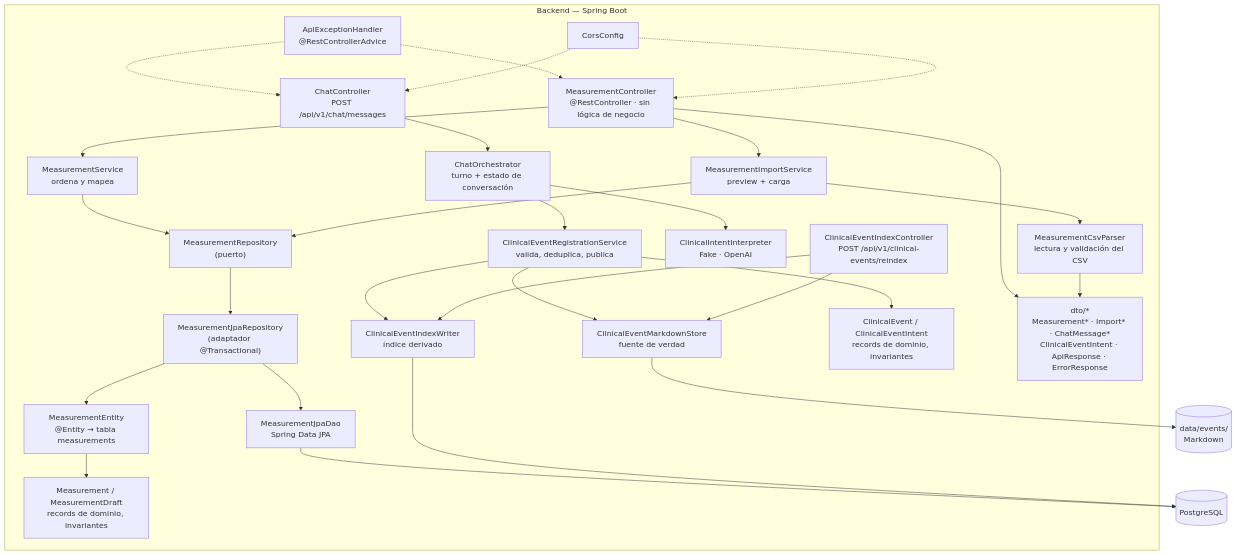
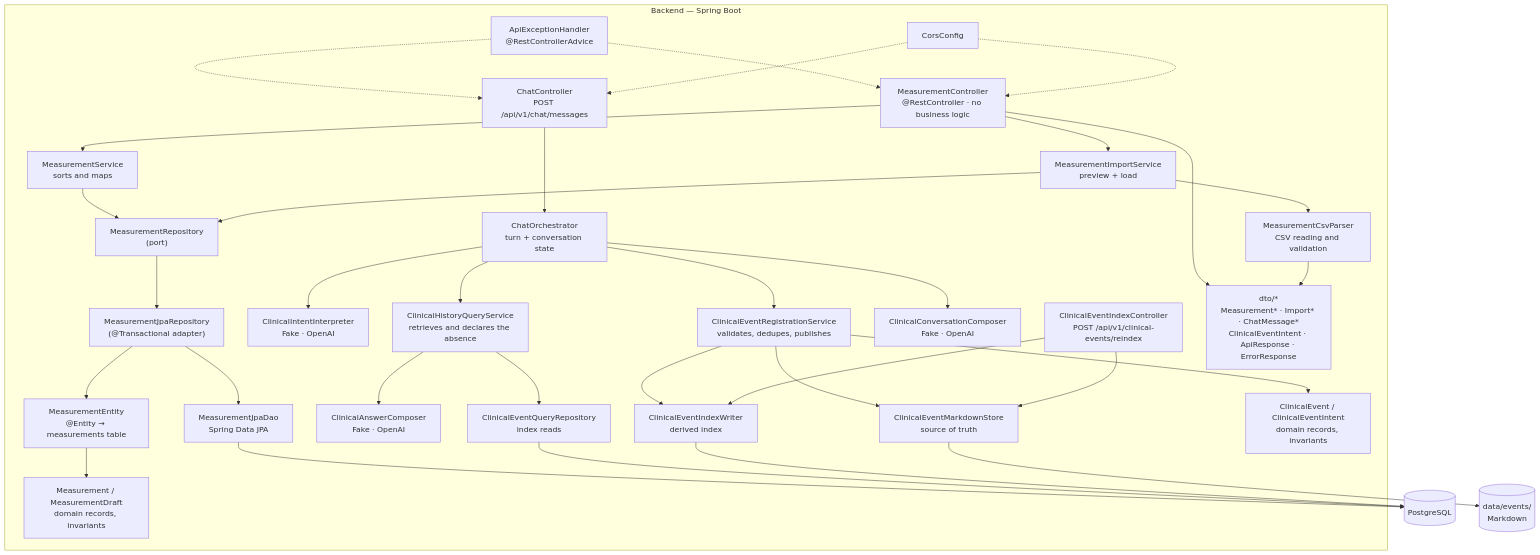
The third of 4 diagrams in docs/architecture.md (devmauriciopineda/careme), drawn with Mermaid before and after one commit. The commit also changed other lines of this file and 46 other files, not shown here.

Commit message:
UC-010 Query not related to clinical history

````diff
--- a/docs/architecture.md
+++ b/docs/architecture.md
@@ -154,53 +154,62 @@
 ```mermaid
 flowchart TB
     subgraph backend["Backend — Spring Boot"]
-        ctrl["MeasurementController<br/>@RestController · sin lógica de negocio"]
-        svc["MeasurementService<br/>ordena y mapea"]
-        imp["MeasurementImportService<br/>preview + carga"]
-        parser["MeasurementCsvParser<br/>lectura y validación del CSV"]
-        port["MeasurementRepository<br/>(puerto)"]
-        adapter["MeasurementJpaRepository<br/>(adaptador @Transactional)"]
+        ctrl["MeasurementController<br/>@RestController · no business logic"]
+        svc["MeasurementService<br/>sorts and maps"]
+        imp["MeasurementImportService<br/>preview + load"]
+        parser["MeasurementCsvParser<br/>CSV reading and validation"]
+        port["MeasurementRepository<br/>(port)"]
+        adapter["MeasurementJpaRepository<br/>(@Transactional adapter)"]
         dao["MeasurementJpaDao<br/>Spring Data JPA"]
-        entity["MeasurementEntity<br/>@Entity → tabla measurements"]
-        domain["Measurement / MeasurementDraft<br/>records de dominio, invariantes"]
+        entity["MeasurementEntity<br/>@Entity → measurements table"]
+        domain["Measurement / MeasurementDraft<br/>domain records, invariants"]
         chatCtrl["ChatController<br/>POST /api/v1/chat/messages"]
-        orchestrator["ChatOrchestrator<br/>turno + estado de conversación"]
+        orchestrator["ChatOrchestrator<br/>turn + conversation state"]
         interpreter["ClinicalIntentInterpreter<br/>Fake · OpenAI"]
-        regSvc["ClinicalEventRegistrationService<br/>valida, deduplica, publica"]
-        mdStore["ClinicalEventMarkdownStore<br/>fuente de verdad"]
-        idxWriter["ClinicalEventIndexWriter<br/>índice derivado"]
+        regSvc["ClinicalEventRegistrationService<br/>validates, dedupes, publishes"]
+        histSvc["ClinicalHistoryQueryService<br/>retrieves and declares the absence"]
+        composer["ClinicalAnswerComposer<br/>Fake · OpenAI"]
+        convComposer["ClinicalConversationComposer<br/>Fake · OpenAI"]
+        queryRepo["ClinicalEventQueryRepository<br/>index reads"]
+        mdStore["ClinicalEventMarkdownStore<br/>source of truth"]
+        idxWriter["ClinicalEventIndexWriter<br/>derived index"]
         evtCtrl["ClinicalEventIndexController<br/>POST /api/v1/clinical-events/reindex"]
-        evtDomain["ClinicalEvent / ClinicalEventIntent<br/>records de dominio, invariantes"]
+        evtDomain["ClinicalEvent / ClinicalEventIntent<br/>domain records, invariants"]
         dtos["dto/*<br/>Measurement* · Import* · ChatMessage*<br/>ClinicalEventIntent · ApiResponse · ErrorResponse"]
         exc["ApiExceptionHandler<br/>@RestControllerAdvice"]
         cors["CorsConfig"]
     end
     pg[("PostgreSQL")]
     fs[("data/events/<br/>Markdown")]
     ctrl --> svc
     ctrl --> imp
     ctrl --> dtos
     imp --> parser
     svc --> port
     imp --> port
     parser --> dtos
     port --> adapter
     adapter --> dao
     adapter --> entity
     entity --> domain
     dao --> pg
     chatCtrl --> orchestrator
     orchestrator --> interpreter
     orchestrator --> regSvc
+    orchestrator --> histSvc
+    orchestrator --> convComposer
+    histSvc --> composer
+    histSvc --> queryRepo
+    queryRepo --> pg
     regSvc --> evtDomain
     regSvc --> mdStore
     regSvc --> idxWriter
     evtCtrl --> mdStore
     evtCtrl --> idxWriter
     mdStore --> fs
     idxWriter --> pg
     exc -.-> ctrl
     exc -.-> chatCtrl
     cors -.-> ctrl
     cors -.-> chatCtrl
 ```
````
